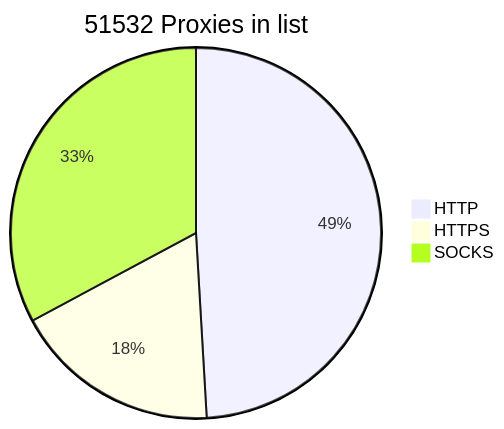
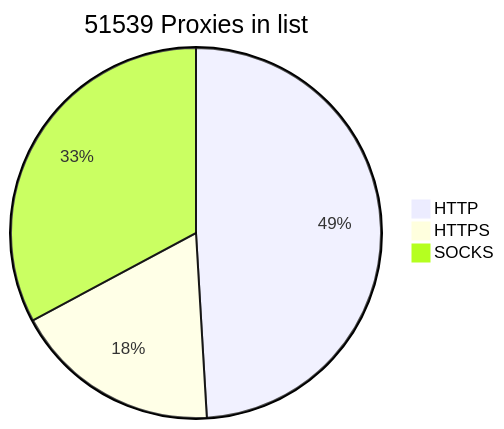
Before and after one commit to BlackSnowDot/proxylist-update-every-minute: the diagram in README.md, drawn with Mermaid.

````diff
--- a/README.md
+++ b/README.md
@@ -2,6 +2,6 @@
 ```mermaid
-pie title 51532 Proxies in list
-    "HTTP" : 28464
-    "HTTPS": 10494
-    "SOCKS" : 19042
+pie title 51539 Proxies in list
+    "HTTP" : 28467
+    "HTTPS": 10508
+    "SOCKS" : 19044
 ```
````
